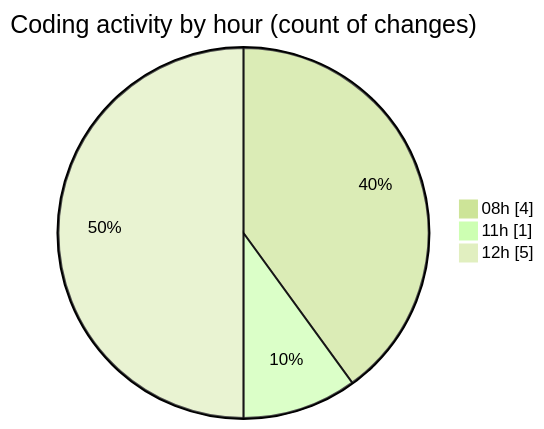
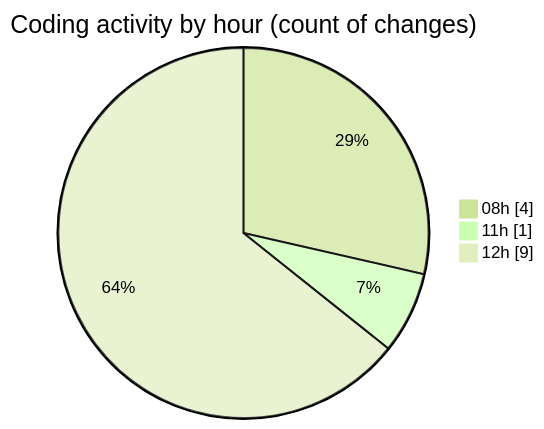
The second of 2 diagrams in 2025-02-10/react_ecom/README.md (Elitesun/code-tracking), drawn with Mermaid (forest theme) before and after one commit. The commit also changed other lines of this file and 1 other file, not shown here.

````diff
--- a/2025-02-10/react_ecom/README.md
+++ b/2025-02-10/react_ecom/README.md
@@ -32,7 +33,7 @@
 ```mermaid
 pie showData
 title Coding activity by hour (count of changes)
 "08h" : 4
 "11h" : 1
-"12h" : 5
+"12h" : 9
 ```
````
